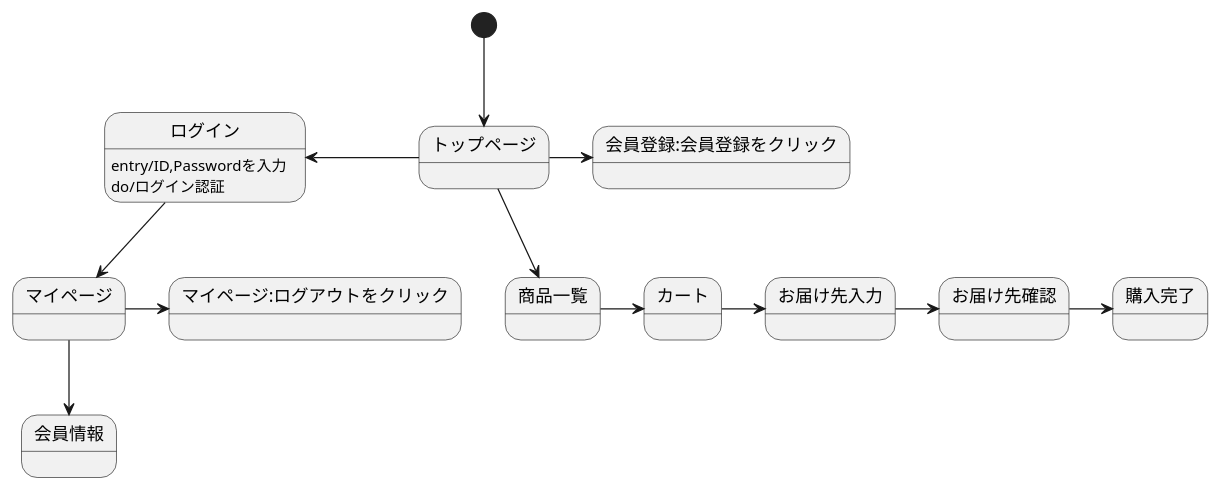
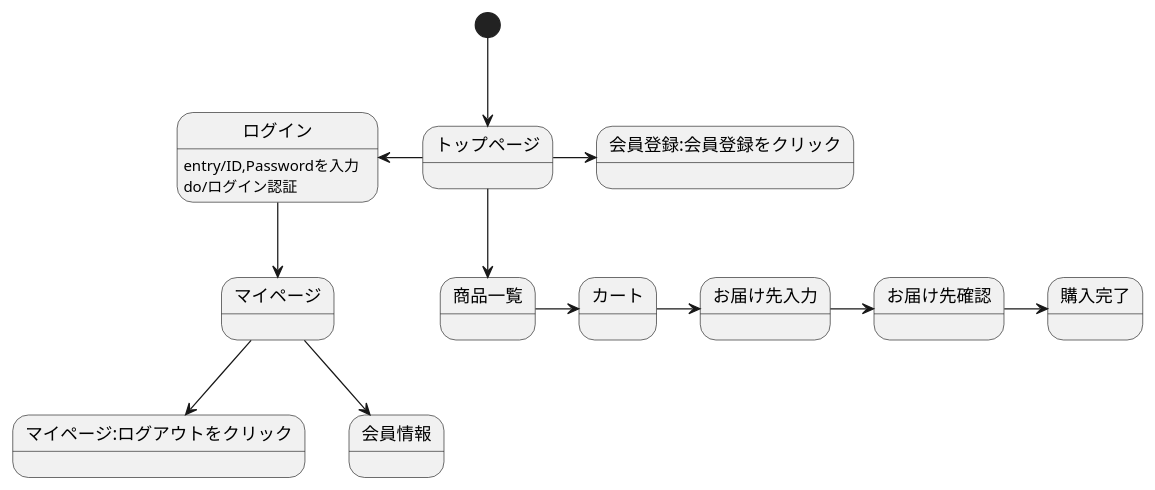
Before and after one commit to Aso2001163/2021sys-design-2: the diagram in stm01.md, drawn with PlantUML.

````diff
--- a/stm01.md
+++ b/stm01.md
@@ -1,17 +1,17 @@
 ```uml
 @startuml
 [*] --> トップページ
 トップページ -> 会員登録:会員登録をクリック
 トップページ -left-> ログイン
 ログイン -down-> マイページ
 ログイン:entry/ID,Passwordを入力
 ログイン:do/ログイン認証
-マイページ -> マイページ:ログアウトをクリック
+マイページ --> マイページ:ログアウトをクリック
 マイページ -down-> 会員情報
 トップページ --> 商品一覧
 商品一覧 -> カート
 カート -> お届け先入力
 お届け先入力 -> お届け先確認
 お届け先確認 -> 購入完了
 @enduml
 ```
````
